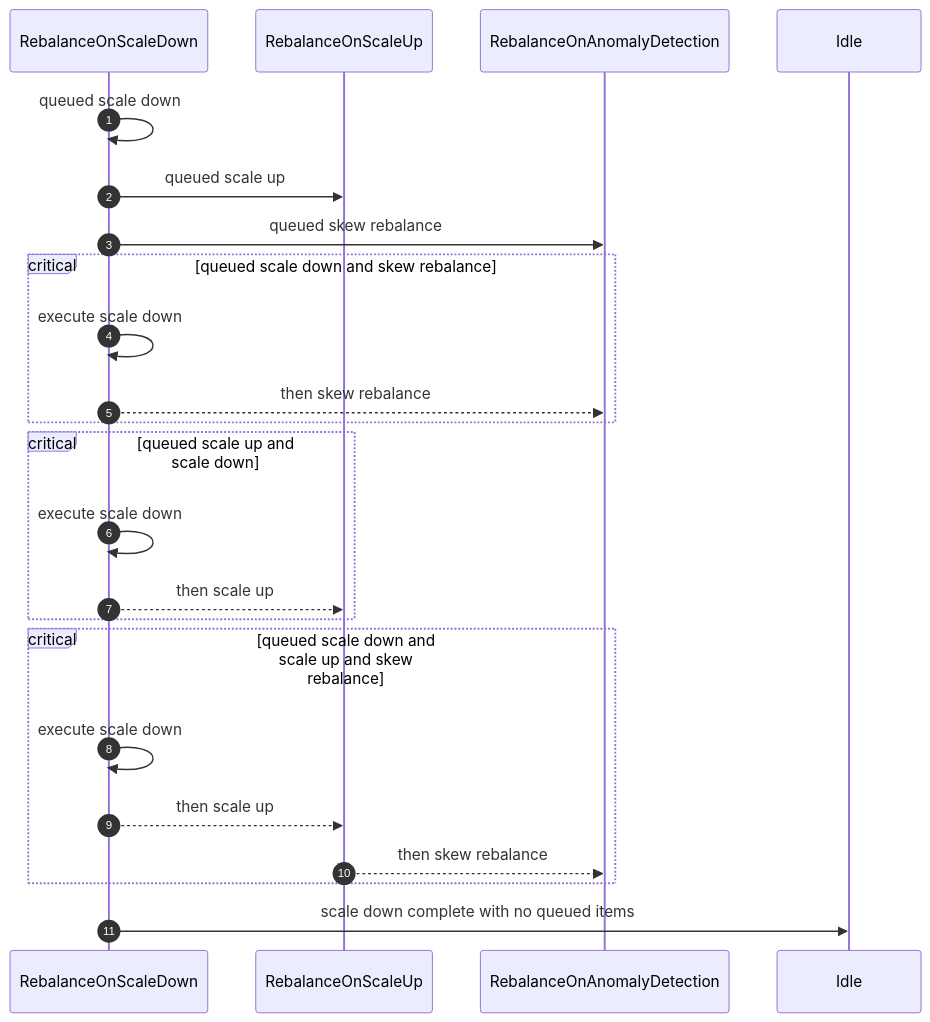
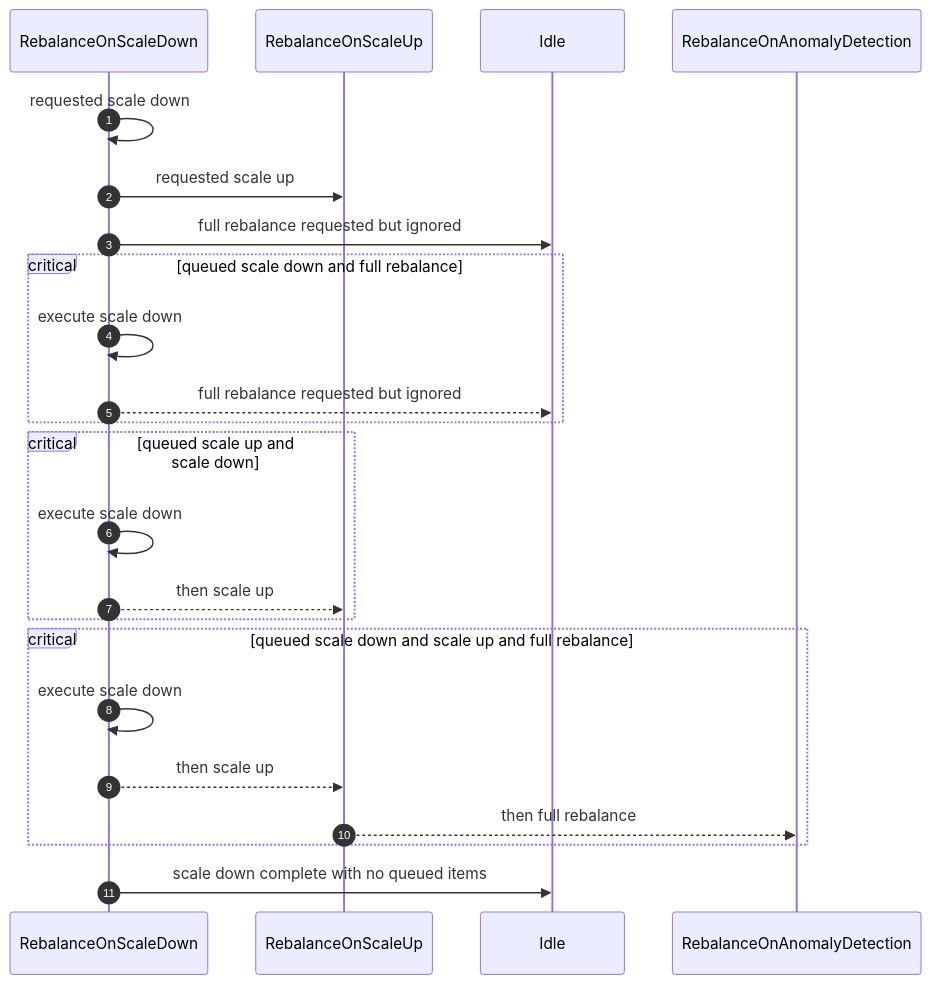
One commit to strimzi/proposals changed the second of 6 diagrams in 106-auto-rebalance-on-imbalanced-clusters.md. Above: the diagram before and after it, drawn with Mermaid. The commit also changed other lines of this file, not shown here.

````diff
--- a/106-auto-rebalance-on-imbalanced-clusters.md
+++ b/106-auto-rebalance-on-imbalanced-clusters.md
@@ -274,21 +289,21 @@
 ```mermaid
 sequenceDiagram
   autonumber
-  RebalanceOnScaleDown->>RebalanceOnScaleDown: queued scale down
-  RebalanceOnScaleDown->>RebalanceOnScaleUp: queued scale up
-  RebalanceOnScaleDown->>RebalanceOnAnomalyDetection: queued skew rebalance
-  critical queued scale down and skew rebalance
+  RebalanceOnScaleDown->>RebalanceOnScaleDown: requested scale down
+  RebalanceOnScaleDown->>RebalanceOnScaleUp: requested scale up
+  RebalanceOnScaleDown->>Idle: full rebalance requested but ignored
+  critical queued scale down and full rebalance
     RebalanceOnScaleDown->>RebalanceOnScaleDown: execute scale down
-    RebalanceOnScaleDown-->>RebalanceOnAnomalyDetection: then skew rebalance
+    RebalanceOnScaleDown-->>Idle: full rebalance requested but ignored
   end
   critical queued scale up and scale down
     RebalanceOnScaleDown->>RebalanceOnScaleDown: execute scale down
     RebalanceOnScaleDown-->>RebalanceOnScaleUp: then scale up
   end
-  critical queued scale down and scale up and skew rebalance
+  critical queued scale down and scale up and full rebalance
     RebalanceOnScaleDown->>RebalanceOnScaleDown: execute scale down
     RebalanceOnScaleDown-->>RebalanceOnScaleUp: then scale up
-    RebalanceOnScaleUp-->>RebalanceOnAnomalyDetection: then skew rebalance
+    RebalanceOnScaleUp-->>RebalanceOnAnomalyDetection: then full rebalance
   end
   RebalanceOnScaleDown->>Idle: scale down complete with no queued items
 ```
````
